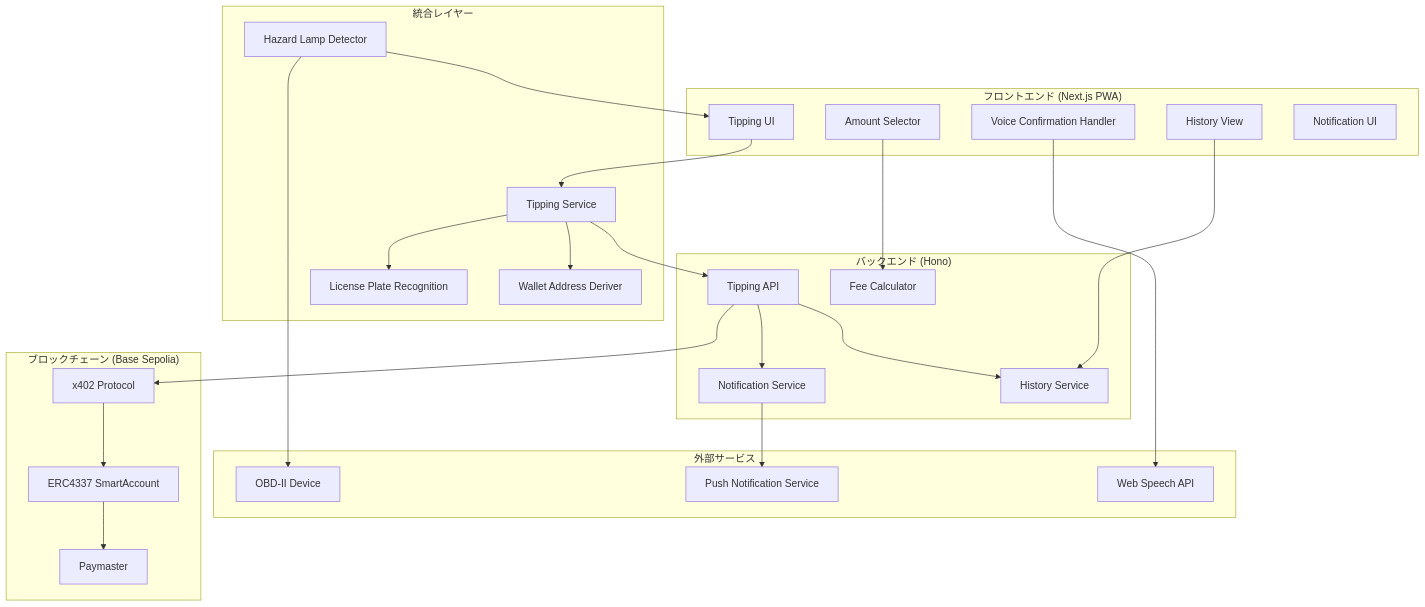
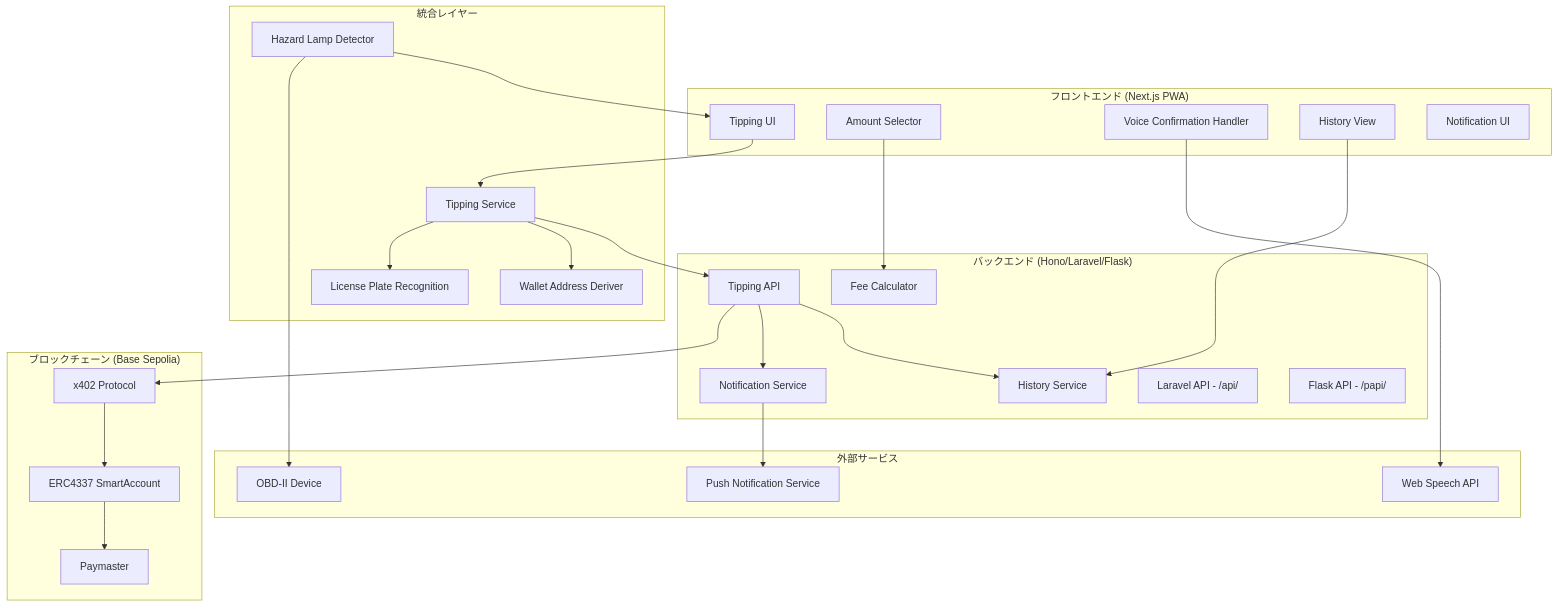
The first of 2 diagrams in .kiro/specs/tipping-feature/design.md (mashharuki/car), drawn with Mermaid before and after one commit. The commit also changed 4 other files, not shown here.

First line of the commit message:
docs(.kiro): Update architecture with Laravel and Flask backend integration

````diff
--- a/.kiro/specs/tipping-feature/design.md
+++ b/.kiro/specs/tipping-feature/design.md
@@ -20,52 +20,54 @@
 ```mermaid
 graph TB
     subgraph Frontend["フロントエンド (Next.js PWA)"]
         TipUI[Tipping UI]
         AmountSelector[Amount Selector]
         VoiceHandler[Voice Confirmation Handler]
         HistoryView[History View]
         NotificationUI[Notification UI]
     end
 
     subgraph Integration["統合レイヤー"]
         TipService[Tipping Service]
         LPRecognition[License Plate Recognition]
         WalletDeriver[Wallet Address Deriver]
         HazardDetector[Hazard Lamp Detector]
     end
 
-    subgraph Backend["バックエンド (Hono)"]
+    subgraph Backend["バックエンド (Hono/Laravel/Flask)"]
         TipAPI[Tipping API]
         FeeCalculator[Fee Calculator]
         NotificationService[Notification Service]
         HistoryService[History Service]
+        LaravelAPI[Laravel API - /api/]
+        FlaskAPI[Flask API - /papi/]
     end
 
     subgraph Blockchain["ブロックチェーン (Base Sepolia)"]
         x402[x402 Protocol]
         SmartAccount[ERC4337 SmartAccount]
         Paymaster[Paymaster]
     end
 
     subgraph External["外部サービス"]
         OBD2[OBD-II Device]
         SpeechAPI[Web Speech API]
         PushService[Push Notification Service]
     end
 
     TipUI --> TipService
     AmountSelector --> FeeCalculator
     VoiceHandler --> SpeechAPI
     TipService --> LPRecognition
     TipService --> WalletDeriver
     TipService --> TipAPI
     HazardDetector --> OBD2
     HazardDetector --> TipUI
     TipAPI --> x402
     x402 --> SmartAccount
     SmartAccount --> Paymaster
     TipAPI --> NotificationService
     NotificationService --> PushService
     TipAPI --> HistoryService
     HistoryView --> HistoryService
 ```
````
